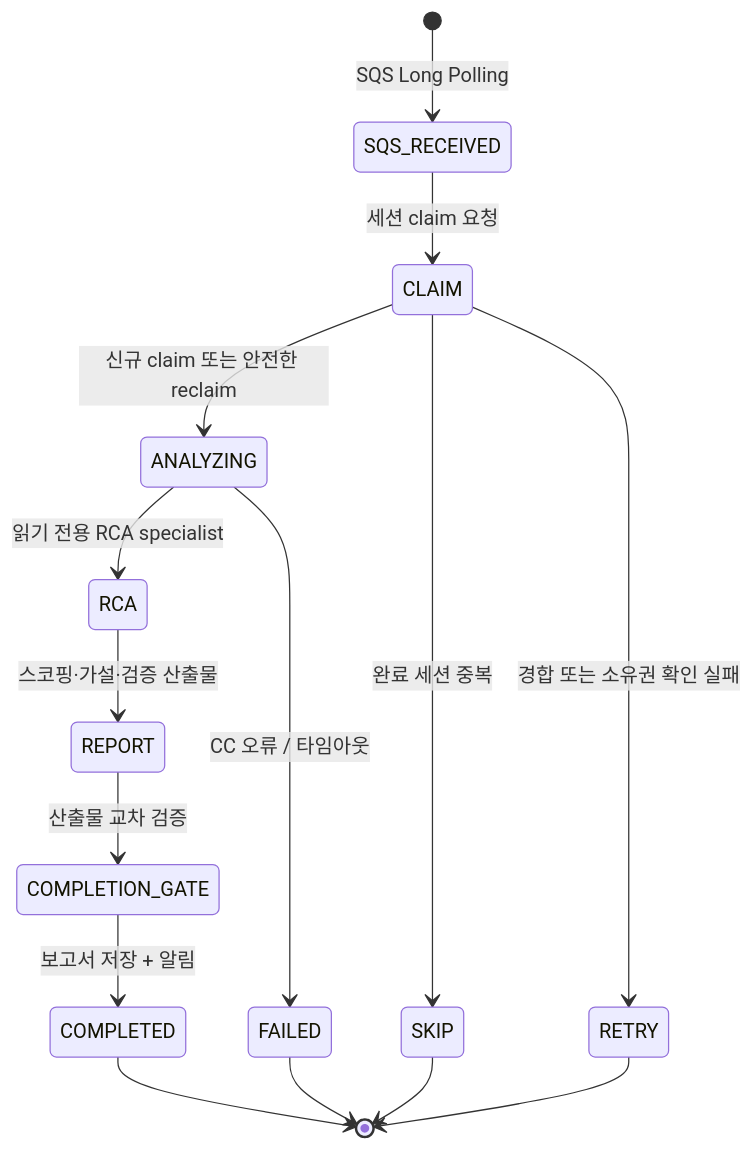
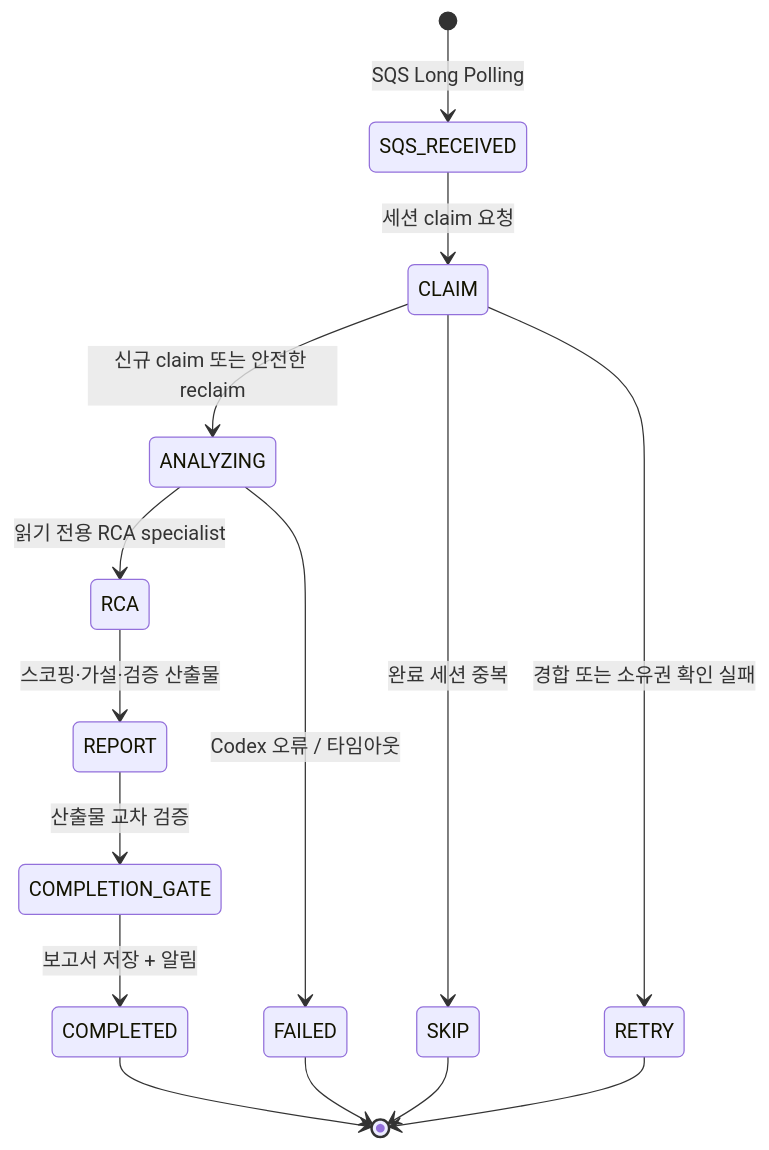
One commit to haandol/rca-agent changed the third of 5 diagrams in docs/architecture.md. Above: the diagram before and after it, drawn with Mermaid. The commit also changed other lines of this file and 306 other files, not shown here.

````diff
--- a/docs/architecture.md
+++ b/docs/architecture.md
@@ -179,17 +179,17 @@
 ```mermaid
 stateDiagram-v2
     [*] --> SQS_RECEIVED: SQS Long Polling
     SQS_RECEIVED --> CLAIM: 세션 claim 요청
     CLAIM --> ANALYZING: 신규 claim 또는 안전한 reclaim
     CLAIM --> SKIP: 완료 세션 중복
     CLAIM --> RETRY: 경합 또는 소유권 확인 실패
     ANALYZING --> RCA: 읽기 전용 RCA specialist
     RCA --> REPORT: 스코핑·가설·검증 산출물
     REPORT --> COMPLETION_GATE: 산출물 교차 검증
     COMPLETION_GATE --> COMPLETED: 보고서 저장 + 알림
-    ANALYZING --> FAILED: CC 오류 / 타임아웃
+    ANALYZING --> FAILED: Codex 오류 / 타임아웃
     COMPLETED --> [*]
     FAILED --> [*]
     SKIP --> [*]
     RETRY --> [*]
 ```
````
